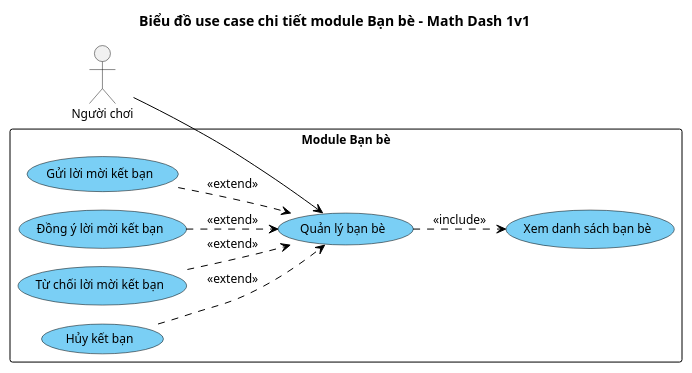
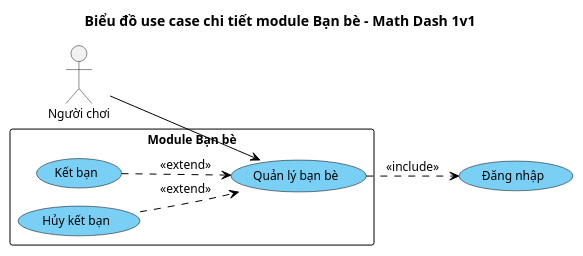
The diagram in docs/hung/uc-chi-tiet-ban-be.puml (HungNguyenBa1811/math-dash), drawn with PlantUML before and after one commit. The commit also changed 11 other files, not shown here.

```diff
--- a/docs/hung/uc-chi-tiet-ban-be.puml
+++ b/docs/hung/uc-chi-tiet-ban-be.puml
@@ -1,42 +1,38 @@
 @startuml uc-chi-tiet-ban-be
 !pragma layout smetana
 ' === VP Base Theme v2 ===
 skinparam defaultFontName "Segoe UI"
 skinparam defaultFontSize 12
 skinparam shadowing false
 skinparam arrowColor #000000
 skinparam lineColor #000000
 hide circle
 
 skinparam usecase {
   BackgroundColor #7ACFF5
   BorderColor Black
   FontColor Black
 }
 skinparam rectangle {
   BackgroundColor #FFFFFF
   BorderColor Black
 }
 
 left to right direction
 title Biểu đồ use case chi tiết module Bạn bè – Math Dash 1v1
 
 actor "Người chơi" as A1
 
 rectangle "Module Bạn bè" {
   usecase "Quản lý bạn bè" as UC07
-  usecase "Xem danh sách bạn bè" as DS
-  usecase "Gửi lời mời kết bạn" as GUI
-  usecase "Đồng ý lời mời kết bạn" as DY
-  usecase "Từ chối lời mời kết bạn" as TC
+  usecase "Kết bạn" as KB
   usecase "Hủy kết bạn" as HUY
 }
+usecase "Đăng nhập" as DN
 
 A1 --> UC07
 
-UC07 ..> DS : <<include>>
-GUI ..> UC07 : <<extend>>
-DY ..> UC07 : <<extend>>
-TC ..> UC07 : <<extend>>
+UC07 ..> DN : <<include>>
+KB ..> UC07 : <<extend>>
 HUY ..> UC07 : <<extend>>
 @enduml
```
